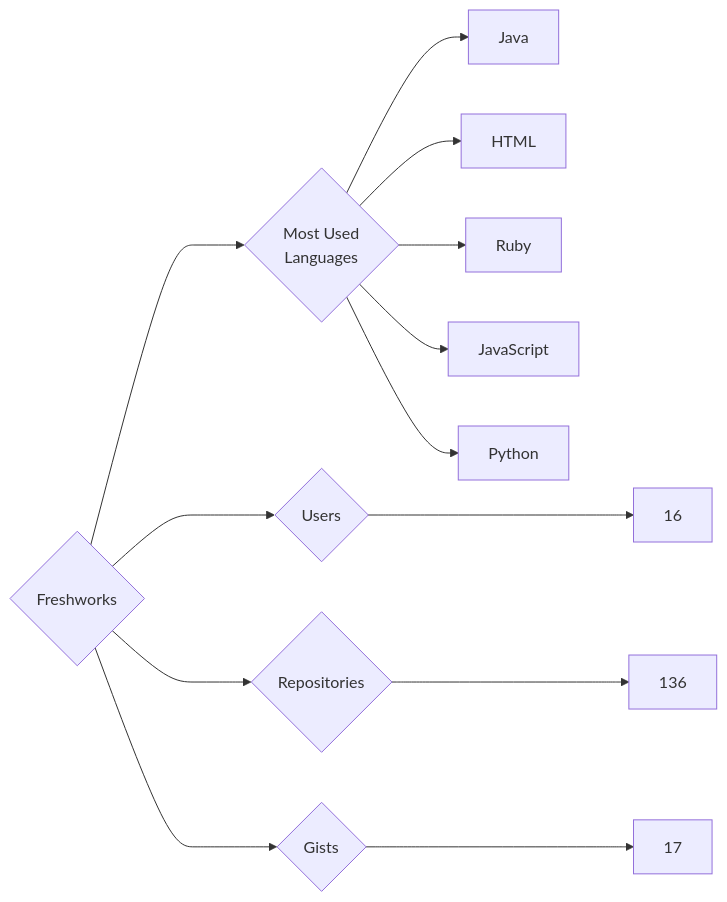
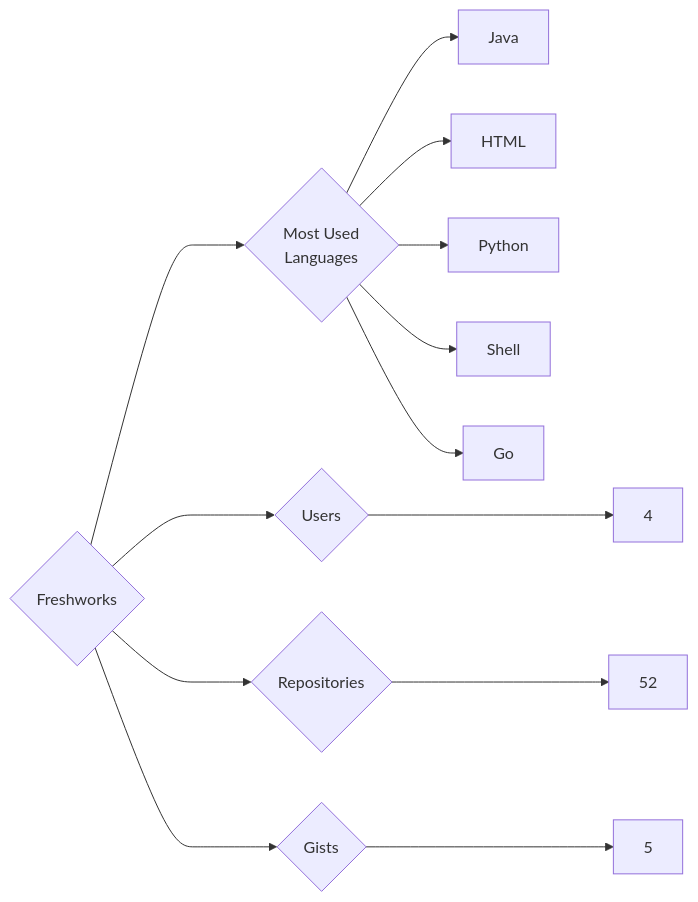
The diagram in targets/Freshworks/README.md (trickest/insiders), drawn with Mermaid before and after one commit. The commit also changed 984 other files, not shown here.

````diff
--- a/targets/Freshworks/README.md
+++ b/targets/Freshworks/README.md
@@ -3,13 +3,13 @@
 ```mermaid
 graph LR
 COMPANY_NAME{Freshworks}
-COMPANY_NAME ---> U{Users} ---> UN[16]
-COMPANY_NAME ---> R{Repositories} ---> RN[136]
-COMPANY_NAME ---> G{Gists} ---> GN[17]
+COMPANY_NAME ---> U{Users} ---> UN[4]
+COMPANY_NAME ---> R{Repositories} ---> RN[52]
+COMPANY_NAME ---> G{Gists} ---> GN[5]
 COMPANY_NAME ---> ML{Most Used<br>Languages}
 ML --> Java[Java]
 ML --> HTML[HTML]
-ML --> Ruby[Ruby]
-ML --> JavaScript[JavaScript]
 ML --> Python[Python]
+ML --> Shell[Shell]
+ML --> Go[Go]
 ```
````
